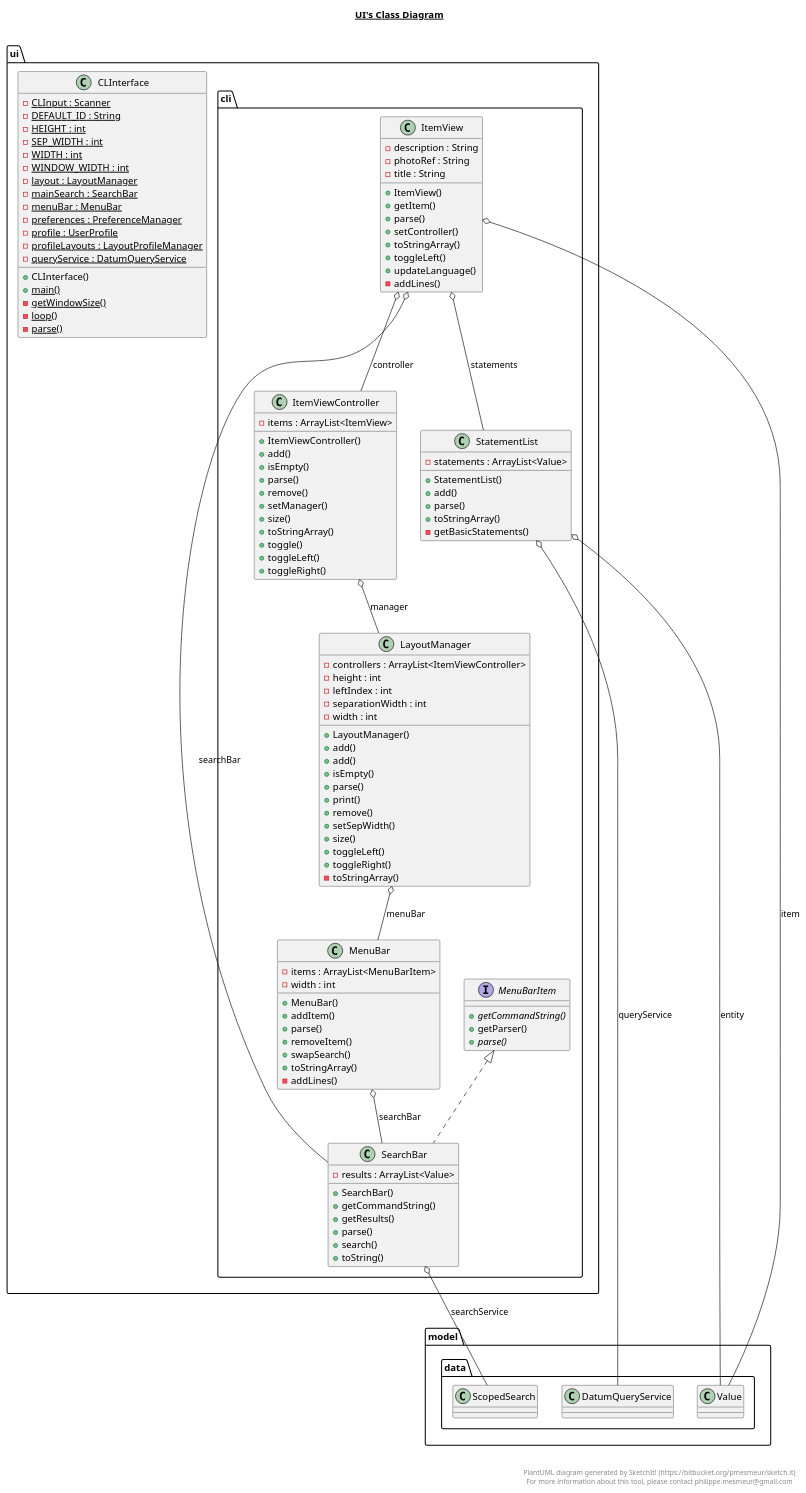
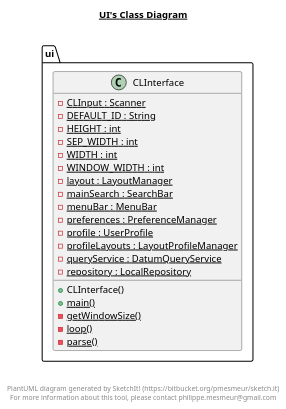
The diagram in src/main/ui/ui.plantuml (Bryce-MW/WikidataExplorer), drawn with PlantUML before and after one commit. The commit also changed 4 other files, not shown here.

Commit message:
Updated diagrams

```diff
--- a/src/main/ui/ui.plantuml
+++ b/src/main/ui/ui.plantuml
@@ -1,156 +1,39 @@
 @startuml
 
 title __UI's Class Diagram__\n
 
   namespace ui {
     class ui.CLInterface {
         {static} - CLInput : Scanner
         {static} - DEFAULT_ID : String
         {static} - HEIGHT : int
         {static} - SEP_WIDTH : int
         {static} - WIDTH : int
         {static} - WINDOW_WIDTH : int
         {static} - layout : LayoutManager
         {static} - mainSearch : SearchBar
         {static} - menuBar : MenuBar
         {static} - preferences : PreferenceManager
         {static} - profile : UserProfile
         {static} - profileLayouts : LayoutProfileManager
         {static} - queryService : DatumQueryService
+        {static} - repository : LocalRepository
         + CLInterface()
         {static} + main()
         {static} - getWindowSize()
         {static} - loop()
         {static} - parse()
     }
   }
   
 
-  namespace ui {
-    class ui.cli.ItemView {
-        - description : String
-        - photoRef : String
-        - title : String
-        + ItemView()
-        + getItem()
-        + parse()
-        + setController()
-        + toStringArray()
-        + toggleLeft()
-        + updateLanguage()
-        - addLines()
-    }
-  }
-  
-
-  namespace ui {
-    class ui.cli.ItemViewController {
-        - items : ArrayList<ItemView>
-        + ItemViewController()
-        + add()
-        + isEmpty()
-        + parse()
-        + remove()
-        + setManager()
-        + size()
-        + toStringArray()
-        + toggle()
-        + toggleLeft()
-        + toggleRight()
-    }
-  }
-  
-
-  namespace ui {
-    class ui.cli.LayoutManager {
-        - controllers : ArrayList<ItemViewController>
-        - height : int
-        - leftIndex : int
-        - separationWidth : int
-        - width : int
-        + LayoutManager()
-        + add()
-        + add()
-        + isEmpty()
-        + parse()
-        + print()
-        + remove()
-        + setSepWidth()
-        + size()
-        + toggleLeft()
-        + toggleRight()
-        - toStringArray()
-    }
-  }
-  
-
-  namespace ui {
-    class ui.cli.MenuBar {
-        - items : ArrayList<MenuBarItem>
-        - width : int
-        + MenuBar()
-        + addItem()
-        + parse()
-        + removeItem()
-        + swapSearch()
-        + toStringArray()
-        - addLines()
-    }
-  }
-  
-
-  namespace ui {
-    interface ui.cli.MenuBarItem {
-        {abstract} + getCommandString()
-        + getParser()
-        {abstract} + parse()
-    }
-  }
-  
-
-  namespace ui {
-    class ui.cli.SearchBar {
-        - results : ArrayList<Value>
-        + SearchBar()
-        + getCommandString()
-        + getResults()
-        + parse()
-        + search()
-        + toString()
-    }
-  }
-  
-
-  namespace ui {
-    class ui.cli.StatementList {
-        - statements : ArrayList<Value>
-        + StatementList()
-        + add()
-        + parse()
-        + toStringArray()
-        - getBasicStatements()
-    }
-  }
-  
-
-  ui.cli.ItemView o-- ui.cli.ItemViewController : controller
-  ui.cli.ItemView o-- model.data.Value : item
-  ui.cli.ItemView o-- ui.cli.SearchBar : searchBar
-  ui.cli.ItemView o-- ui.cli.StatementList : statements
-  ui.cli.ItemViewController o-- ui.cli.LayoutManager : manager
-  ui.cli.LayoutManager o-- ui.cli.MenuBar : menuBar
-  ui.cli.MenuBar o-- ui.cli.SearchBar : searchBar
-  ui.cli.SearchBar .up.|> ui.cli.MenuBarItem
-  ui.cli.SearchBar o-- model.data.ScopedSearch : searchService
-  ui.cli.StatementList o-- model.data.Value : entity
-  ui.cli.StatementList o-- model.data.DatumQueryService : queryService
 
 
 right footer
 
 
 PlantUML diagram generated by SketchIt! (https://bitbucket.org/pmesmeur/sketch.it)
 For more information about this tool, please contact philippe.mesmeur@gmail.com
 endfooter
 
 @enduml
```
